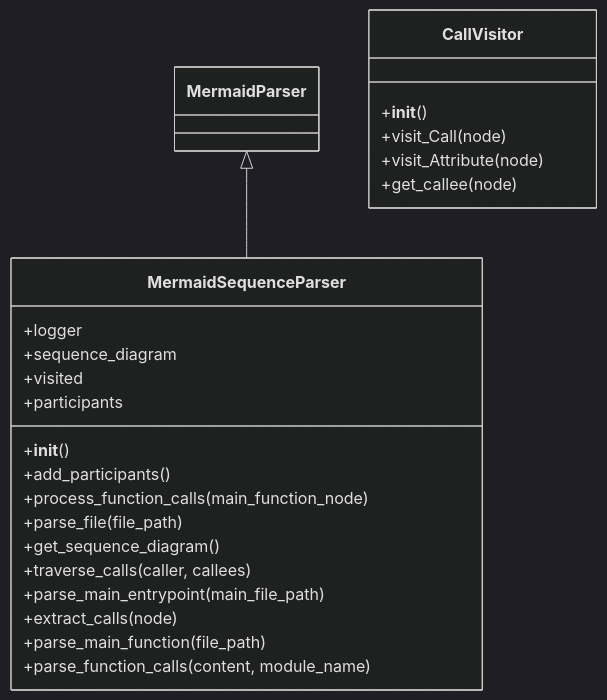
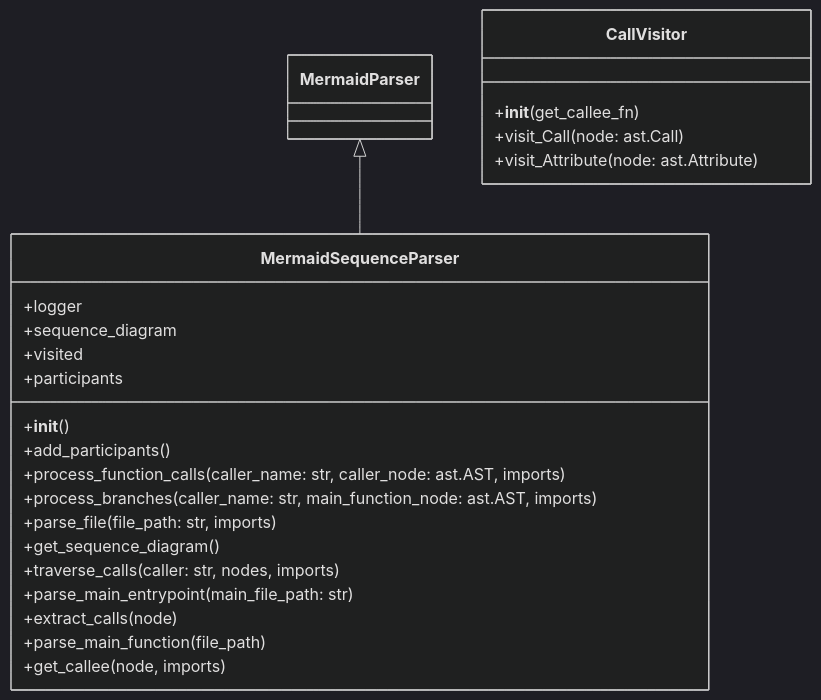
The diagram in src/mermaid_parser/mermaid_sequence_parser_class.md (fearnworks/mermaidit), drawn with Mermaid (dark theme) before and after one commit. The commit also changed 4 other files, not shown here.

First line of the commit message:
Sequence diagram improvements (#5)

````diff
--- a/src/mermaid_parser/mermaid_sequence_parser_class.md
+++ b/src/mermaid_parser/mermaid_sequence_parser_class.md
@@ -1,26 +1,26 @@
 ```mermaid
 classDiagram
 class MermaidSequenceParser {
     +logger
     +sequence_diagram
     +visited
     +participants
     +__init__()
     +add_participants()
-    +process_function_calls(main_function_node)
-    +parse_file(file_path)
+    +process_function_calls(caller_name: str, caller_node: ast.AST, imports)
+    +process_branches(caller_name: str, main_function_node: ast.AST, imports)
+    +parse_file(file_path: str, imports)
     +get_sequence_diagram()
-    +traverse_calls(caller, callees)
-    +parse_main_entrypoint(main_file_path)
+    +traverse_calls(caller: str, nodes, imports)
+    +parse_main_entrypoint(main_file_path: str)
     +extract_calls(node)
     +parse_main_function(file_path)
-    +parse_function_calls(content, module_name)
+    +get_callee(node, imports)
 }
 MermaidParser <|-- MermaidSequenceParser
 class CallVisitor {
-    +__init__()
-    +visit_Call(node)
-    +visit_Attribute(node)
-    +get_callee(node)
+    +__init__(get_callee_fn)
+    +visit_Call(node: ast.Call)
+    +visit_Attribute(node: ast.Attribute)
 }
 ```
````
